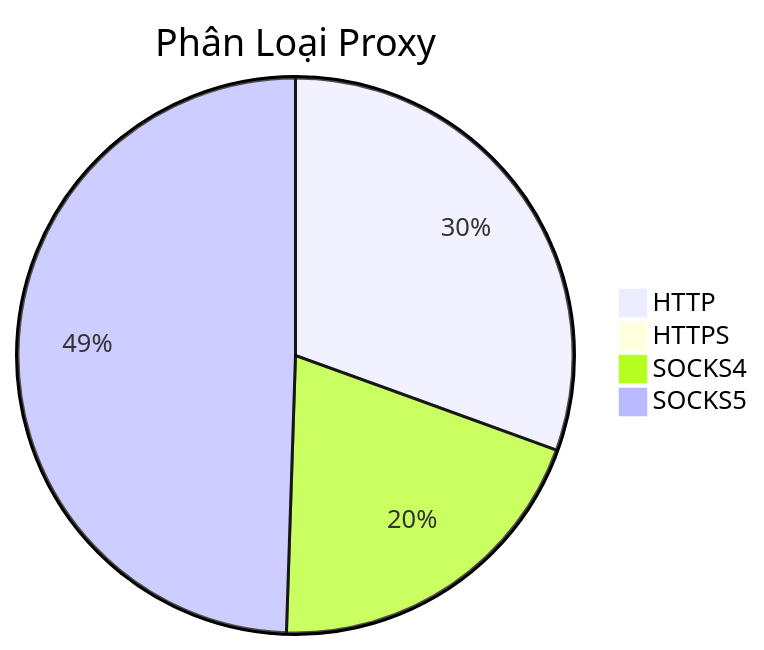
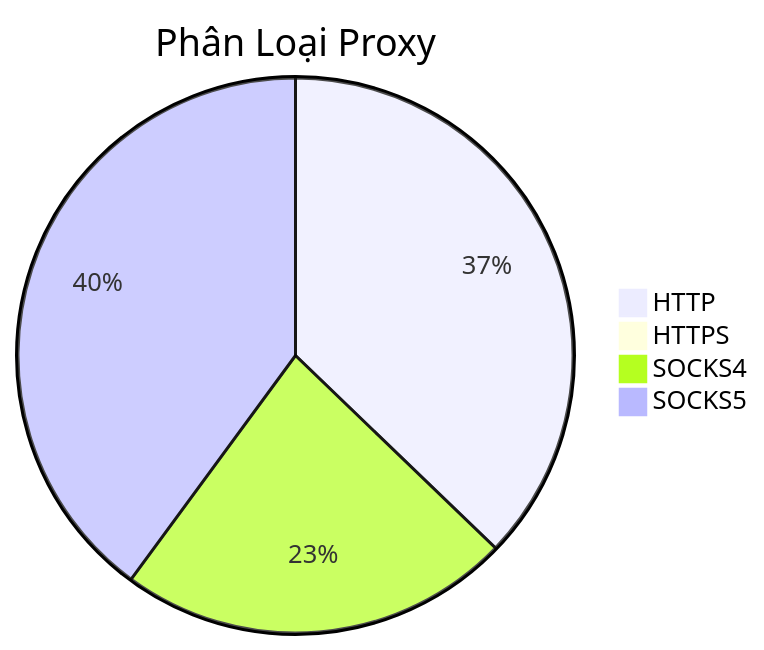
Before and after one commit to Ciara-12/PROXY-free: the diagram in README.md, drawn with Mermaid. The commit also changed other lines of this file and 4 other files, not shown here.

````diff
--- a/README.md
+++ b/README.md
@@ -26,7 +26,7 @@
 ```mermaid
 pie title Phân Loại Proxy
-    "HTTP" : 440
-    "HTTPS" : 2
-    "SOCKS4" : 288
-    "SOCKS5" : 713
+    "HTTP" : 520
+    "HTTPS" : 1
+    "SOCKS4" : 320
+    "SOCKS5" : 558
 ```
````
